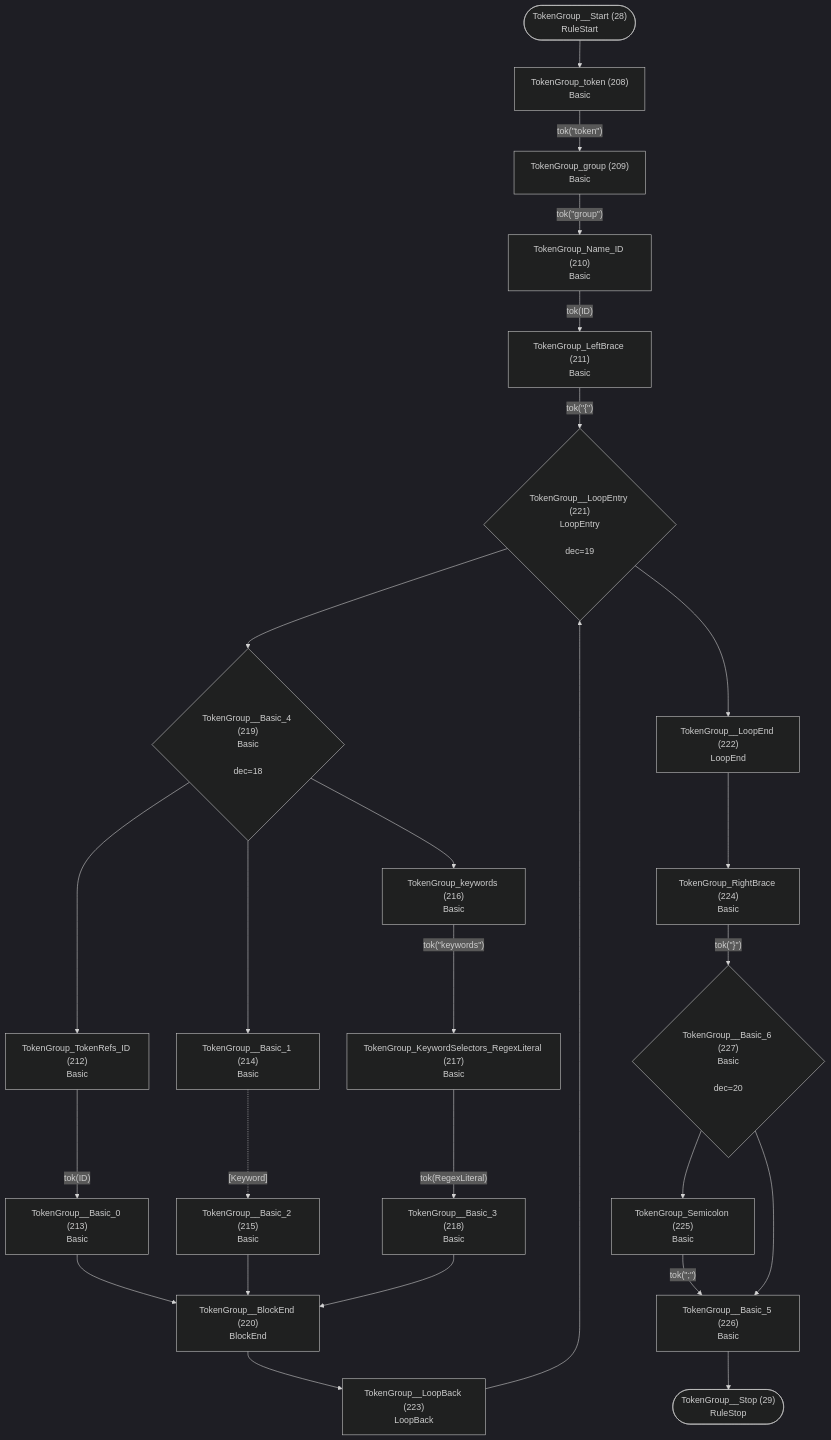
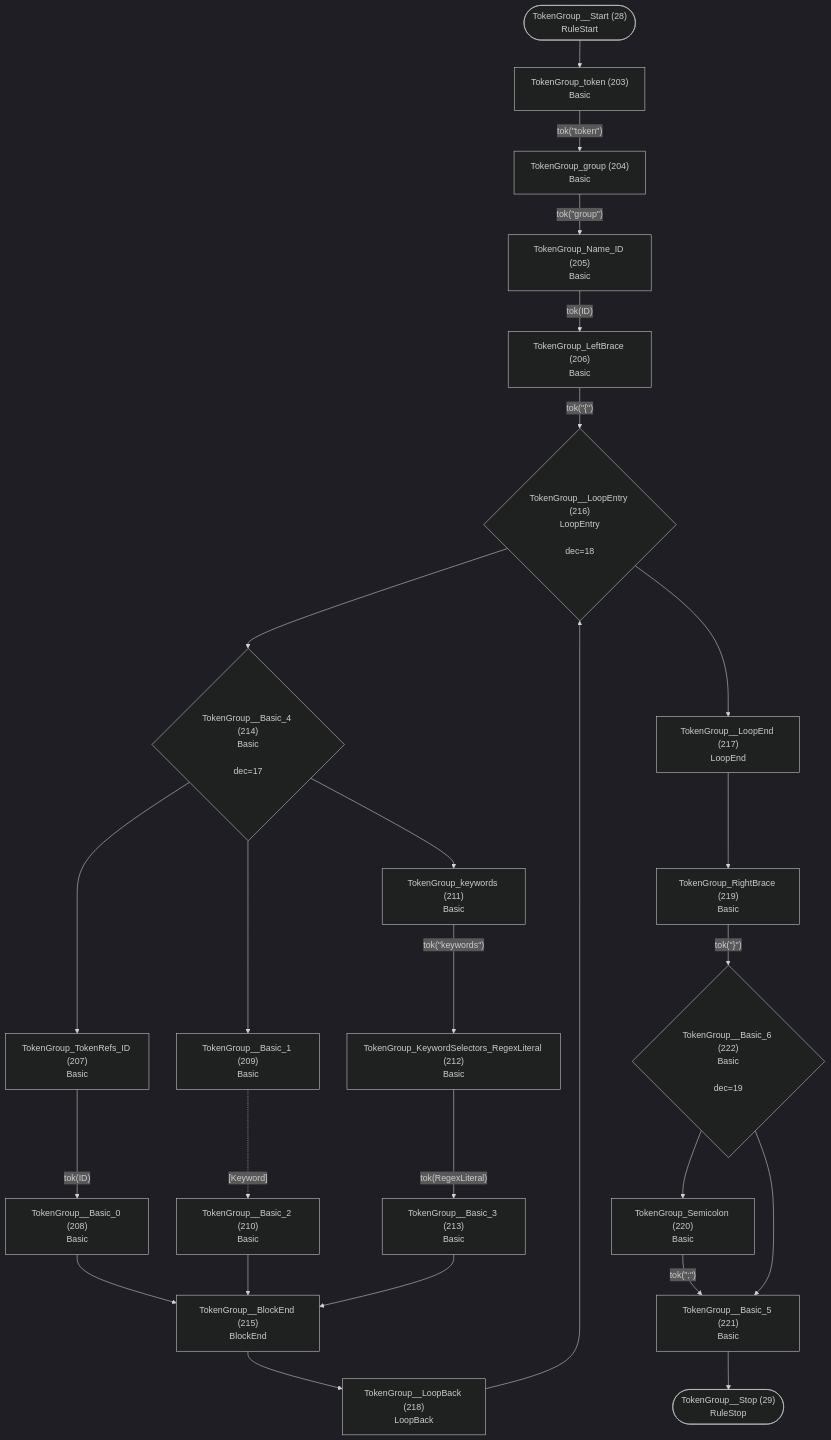
One commit to TypeFox/fastbelt changed diagram 15 of 40 in internal/grammar/atn.md. Above: the diagram before and after it, drawn with Mermaid (dark theme). The commit also changed other lines of this file and 145 other files, not shown here.

````diff
--- a/internal/grammar/atn.md
+++ b/internal/grammar/atn.md
@@ -428,51 +417,51 @@
 ```mermaid
 flowchart TD
     q28(["TokenGroup__Start (28)<br/>RuleStart"])
     q29(["TokenGroup__Stop (29)<br/>RuleStop"])
-    q208["TokenGroup_token (208)<br/>Basic<br/>"]
-    q209["TokenGroup_group (209)<br/>Basic<br/>"]
-    q210["TokenGroup_Name_ID (210)<br/>Basic<br/>"]
-    q211["TokenGroup_LeftBrace (211)<br/>Basic<br/>"]
-    q212["TokenGroup_TokenRefs_ID (212)<br/>Basic<br/>"]
-    q213["TokenGroup__Basic_0 (213)<br/>Basic<br/>"]
-    q214["TokenGroup__Basic_1 (214)<br/>Basic<br/>"]
-    q215["TokenGroup__Basic_2 (215)<br/>Basic<br/>"]
-    q216["TokenGroup_keywords (216)<br/>Basic<br/>"]
-    q217["TokenGroup_KeywordSelectors_RegexLiteral (217)<br/>Basic<br/>"]
-    q218["TokenGroup__Basic_3 (218)<br/>Basic<br/>"]
-    q219{"TokenGroup__Basic_4 (219)<br/>Basic<br/><br/>dec=18"}
-    q220["TokenGroup__BlockEnd (220)<br/>BlockEnd<br/>"]
-    q221{"TokenGroup__LoopEntry (221)<br/>LoopEntry<br/><br/>dec=19"}
-    q222["TokenGroup__LoopEnd (222)<br/>LoopEnd<br/>"]
-    q223["TokenGroup__LoopBack (223)<br/>LoopBack<br/>"]
-    q224["TokenGroup_RightBrace (224)<br/>Basic<br/>"]
-    q225["TokenGroup_Semicolon (225)<br/>Basic<br/>"]
-    q226["TokenGroup__Basic_5 (226)<br/>Basic<br/>"]
-    q227{"TokenGroup__Basic_6 (227)<br/>Basic<br/><br/>dec=20"}
+    q203["TokenGroup_token (203)<br/>Basic<br/>"]
+    q204["TokenGroup_group (204)<br/>Basic<br/>"]
+    q205["TokenGroup_Name_ID (205)<br/>Basic<br/>"]
+    q206["TokenGroup_LeftBrace (206)<br/>Basic<br/>"]
+    q207["TokenGroup_TokenRefs_ID (207)<br/>Basic<br/>"]
+    q208["TokenGroup__Basic_0 (208)<br/>Basic<br/>"]
+    q209["TokenGroup__Basic_1 (209)<br/>Basic<br/>"]
+    q210["TokenGroup__Basic_2 (210)<br/>Basic<br/>"]
+    q211["TokenGroup_keywords (211)<br/>Basic<br/>"]
+    q212["TokenGroup_KeywordSelectors_RegexLiteral (212)<br/>Basic<br/>"]
+    q213["TokenGroup__Basic_3 (213)<br/>Basic<br/>"]
+    q214{"TokenGroup__Basic_4 (214)<br/>Basic<br/><br/>dec=17"}
+    q215["TokenGroup__BlockEnd (215)<br/>BlockEnd<br/>"]
+    q216{"TokenGroup__LoopEntry (216)<br/>LoopEntry<br/><br/>dec=18"}
+    q217["TokenGroup__LoopEnd (217)<br/>LoopEnd<br/>"]
+    q218["TokenGroup__LoopBack (218)<br/>LoopBack<br/>"]
+    q219["TokenGroup_RightBrace (219)<br/>Basic<br/>"]
+    q220["TokenGroup_Semicolon (220)<br/>Basic<br/>"]
+    q221["TokenGroup__Basic_5 (221)<br/>Basic<br/>"]
+    q222{"TokenGroup__Basic_6 (222)<br/>Basic<br/><br/>dec=19"}
 
-    q28 --> q208
-    q208 -->|"tok(&quot;token&quot;)"| q209
-    q209 -->|"tok(&quot;group&quot;)"| q210
-    q210 -->|"tok(ID)"| q211
-    q211 -->|"tok(&quot;{&quot;)"| q221
-    q212 -->|"tok(ID)"| q213
-    q213 --> q220
-    q214 -.->|"[Keyword]"| q215
-    q215 --> q220
-    q216 -->|"tok(&quot;keywords&quot;)"| q217
-    q217 -->|"tok(RegexLiteral)"| q218
-    q218 --> q220
-    q219 --> q212
-    q219 --> q214
-    q219 --> q216
-    q220 --> q223
-    q221 --> q219
-    q221 --> q222
-    q222 --> q224
-    q223 --> q221
-    q224 -->|"tok(&quot;}&quot;)"| q227
-    q225 -->|"tok(&quot;;&quot;)"| q226
-    q226 --> q29
-    q227 --> q225
-    q227 --> q226
+    q28 --> q203
+    q203 -->|"tok(&quot;token&quot;)"| q204
+    q204 -->|"tok(&quot;group&quot;)"| q205
+    q205 -->|"tok(ID)"| q206
+    q206 -->|"tok(&quot;{&quot;)"| q216
+    q207 -->|"tok(ID)"| q208
+    q208 --> q215
+    q209 -.->|"[Keyword]"| q210
+    q210 --> q215
+    q211 -->|"tok(&quot;keywords&quot;)"| q212
+    q212 -->|"tok(RegexLiteral)"| q213
+    q213 --> q215
+    q214 --> q207
+    q214 --> q209
+    q214 --> q211
+    q215 --> q218
+    q216 --> q214
+    q216 --> q217
+    q217 --> q219
+    q218 --> q216
+    q219 -->|"tok(&quot;}&quot;)"| q222
+    q220 -->|"tok(&quot;;&quot;)"| q221
+    q221 --> q29
+    q222 --> q220
+    q222 --> q221
 ```
````
